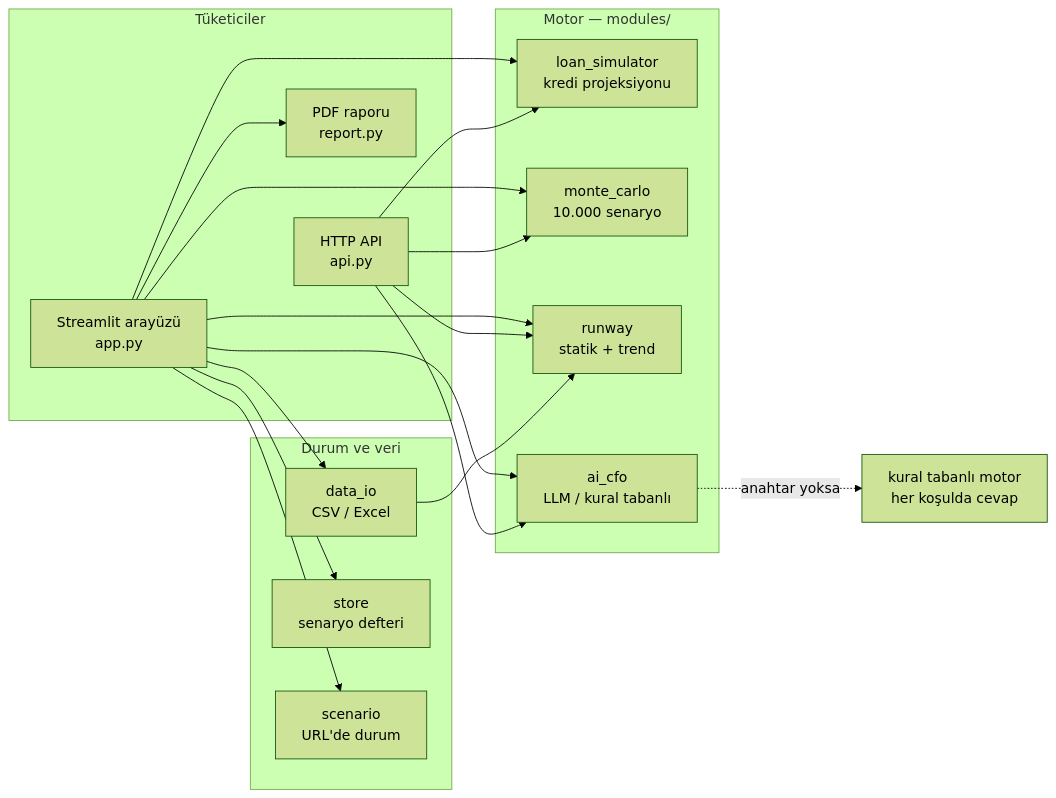
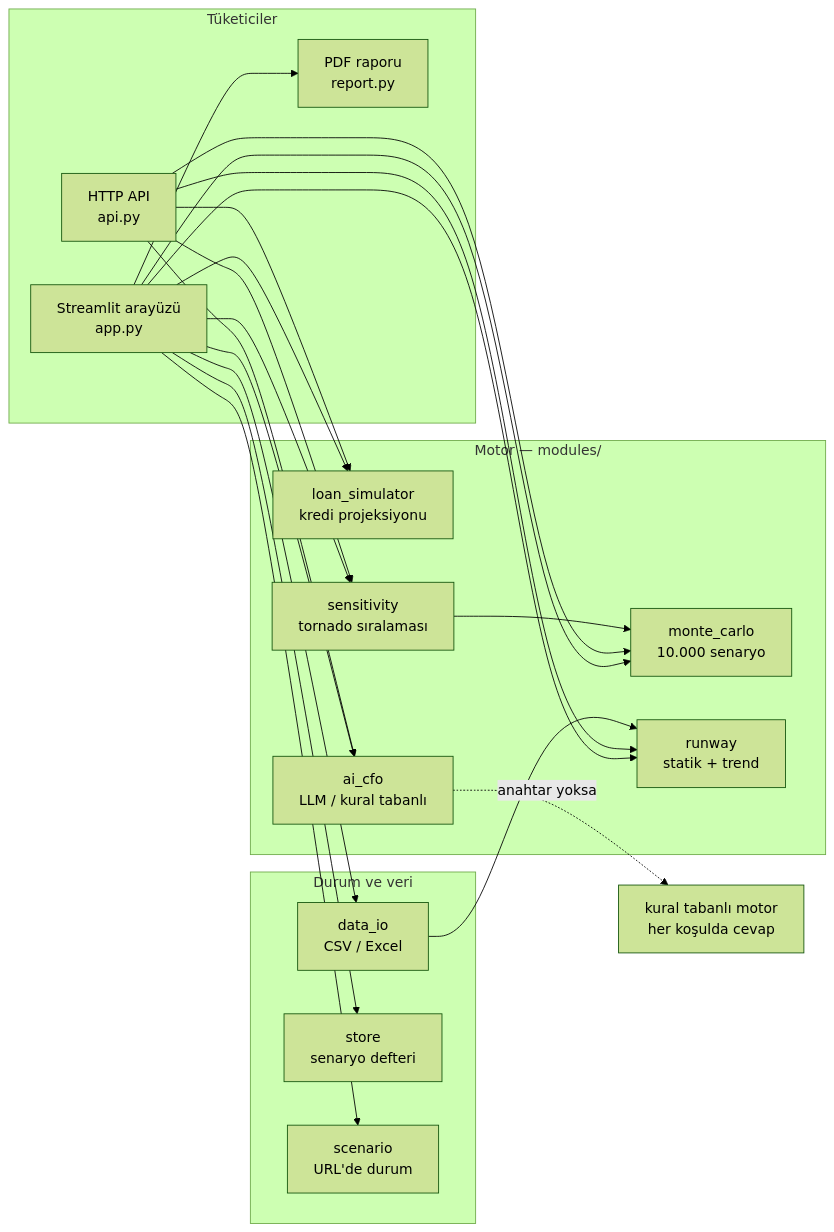
The diagram in README.md (ealagoz233-cmd/cash-guard), drawn with Mermaid (forest theme) before and after one commit. The commit also changed other lines of this file and 5 other files, not shown here.

````diff
--- a/README.md
+++ b/README.md
@@ -263,29 +273,31 @@
 ```mermaid
 flowchart LR
     subgraph T["Tüketiciler"]
         UI["Streamlit arayüzü<br/>app.py"]
         API["HTTP API<br/>api.py"]
         PDF["PDF raporu<br/>report.py"]
     end
 
     subgraph M["Motor — modules/"]
         LOAN["loan_simulator<br/>kredi projeksiyonu"]
         MC["monte_carlo<br/>10.000 senaryo"]
+        SENS["sensitivity<br/>tornado sıralaması"]
         RW["runway<br/>statik + trend"]
         CFO["ai_cfo<br/>LLM / kural tabanlı"]
     end
 
     subgraph D["Durum ve veri"]
         IO["data_io<br/>CSV / Excel"]
         STORE["store<br/>senaryo defteri"]
         SCN["scenario<br/>URL'de durum"]
     end
 
-    UI --> LOAN & MC & RW & CFO
+    UI --> LOAN & MC & SENS & RW & CFO
     UI --> IO & STORE & SCN
-    API --> LOAN & MC & RW & CFO
+    API --> LOAN & MC & SENS & RW & CFO
     UI --> PDF
     IO --> RW
+    SENS --> MC
 
     CFO -.->|anahtar yoksa| RULE["kural tabanlı motor<br/>her koşulda cevap"]
 ```
````
